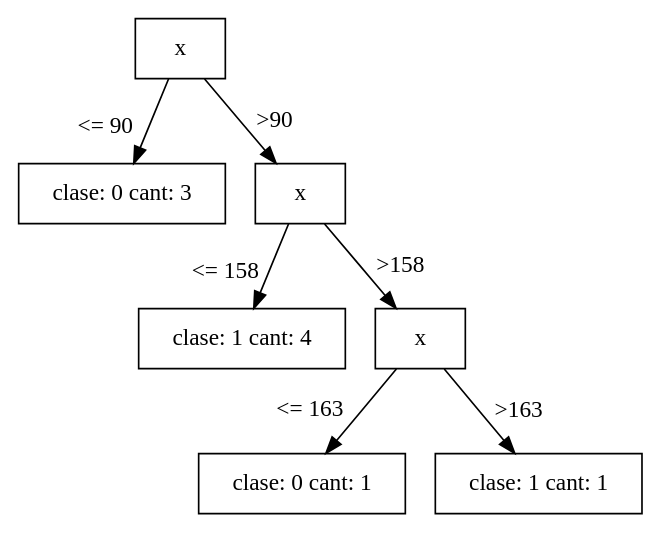
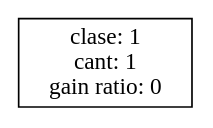
Before and after one commit to gabrielhruza/iatpi: the diagram in arbol.gv, drawn with Graphviz. The commit also changed 11 other files, not shown here.

```diff
--- a/arbol.gv
+++ b/arbol.gv
@@ -1,17 +1,7 @@
 digraph "mi arbol" {
 	size=8.5
 	node [shape=box]
-	0 [label=x]
-	0 -> 1 [headlabel="<= 90" labelangle=60 labeldistance=2.8]
-	0 -> 2 [label=">90"]
-	1 [label="clase: 0 cant: 3"]
-	2 [label=x]
-	2 -> 3 [headlabel="<= 158" labelangle=60 labeldistance=2.8]
-	2 -> 4 [label=">158"]
-	3 [label="clase: 1 cant: 4"]
-	4 [label=x]
-	4 -> 5 [headlabel="<= 163" labelangle=60 labeldistance=2.8]
-	4 -> 6 [label=">163"]
-	5 [label="clase: 0 cant: 1"]
-	6 [label="clase: 1 cant: 1"]
+	0 [label="clase: 1
+cant: 1
+gain ratio: 0"]
 }
```
